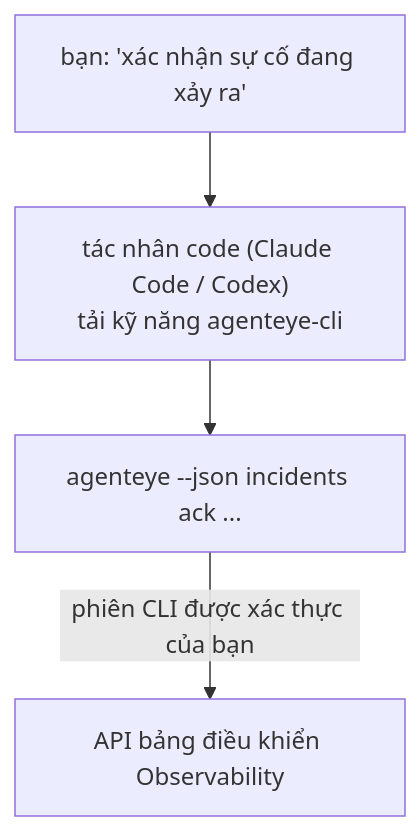
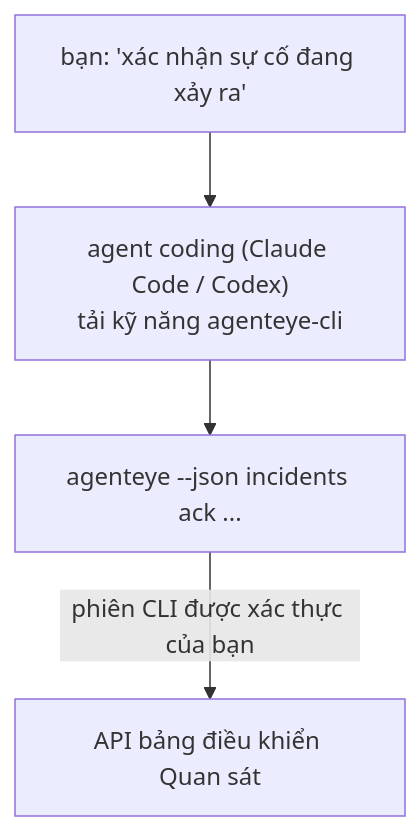
One commit to GongYuanCaiJi/failproofai changed the diagram in docs/vi/agenteye/cli-skill.mdx. Above: the diagram before and after it, drawn with Mermaid. The commit also changed other lines of this file and 364 other files, not shown here.

````diff
--- a/docs/vi/agenteye/cli-skill.mdx
+++ b/docs/vi/agenteye/cli-skill.mdx
@@ -26,6 +28,6 @@
 ```mermaid
 flowchart TD
-    YOU["bạn: 'xác nhận sự cố đang xảy ra'"] --> AGENT["tác nhân code (Claude Code / Codex)<br/>tải kỹ năng agenteye-cli"]
+    YOU["bạn: 'xác nhận sự cố đang xảy ra'"] --> AGENT["agent coding (Claude Code / Codex)<br/>tải kỹ năng agenteye-cli"]
     AGENT --> CLI["agenteye --json incidents ack ..."]
-    CLI -->|phiên CLI được xác thực của bạn| API["API bảng điều khiển Observability"]
+    CLI -->|phiên CLI được xác thực của bạn| API["API bảng điều khiển Quan sát"]
 ```
````
